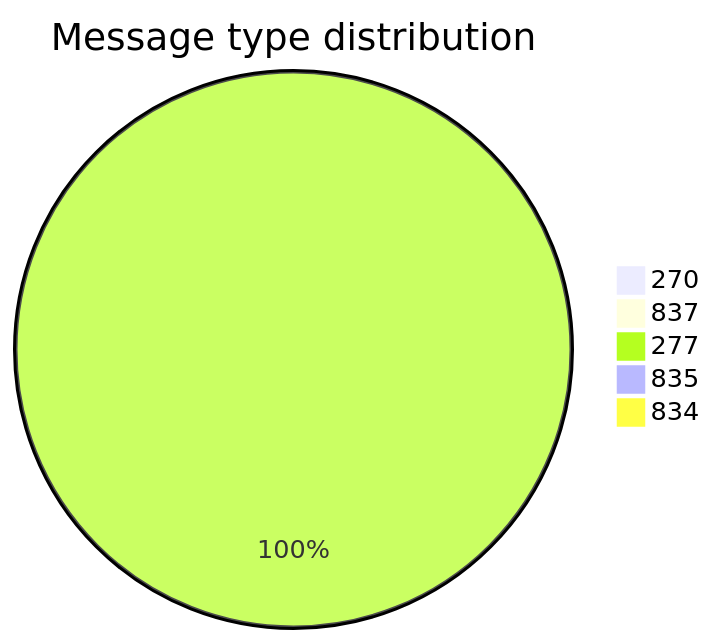
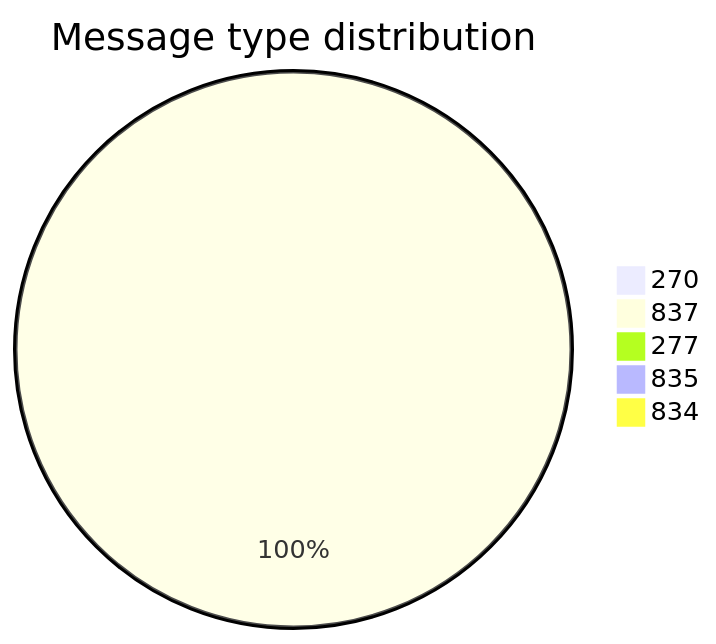
One commit to dhagan-va/intern-2025 changed the second of 11 diagrams in test-tools/DataGen/src/Statistics_Visualizer.md. Above: the diagram before and after it, drawn with Mermaid. The commit also changed other lines of this file and 2 other files, not shown here.

````diff
--- a/test-tools/DataGen/src/Statistics_Visualizer.md
+++ b/test-tools/DataGen/src/Statistics_Visualizer.md
@@ -28,8 +28,8 @@
 ```mermaid
 pie title Message type distribution
     "270" : 0
-    "837" : 0
-    "277" : 5
+    "837" : 5
+    "277" : 0
     "835" : 0
     "834" : 0
 ```
````
